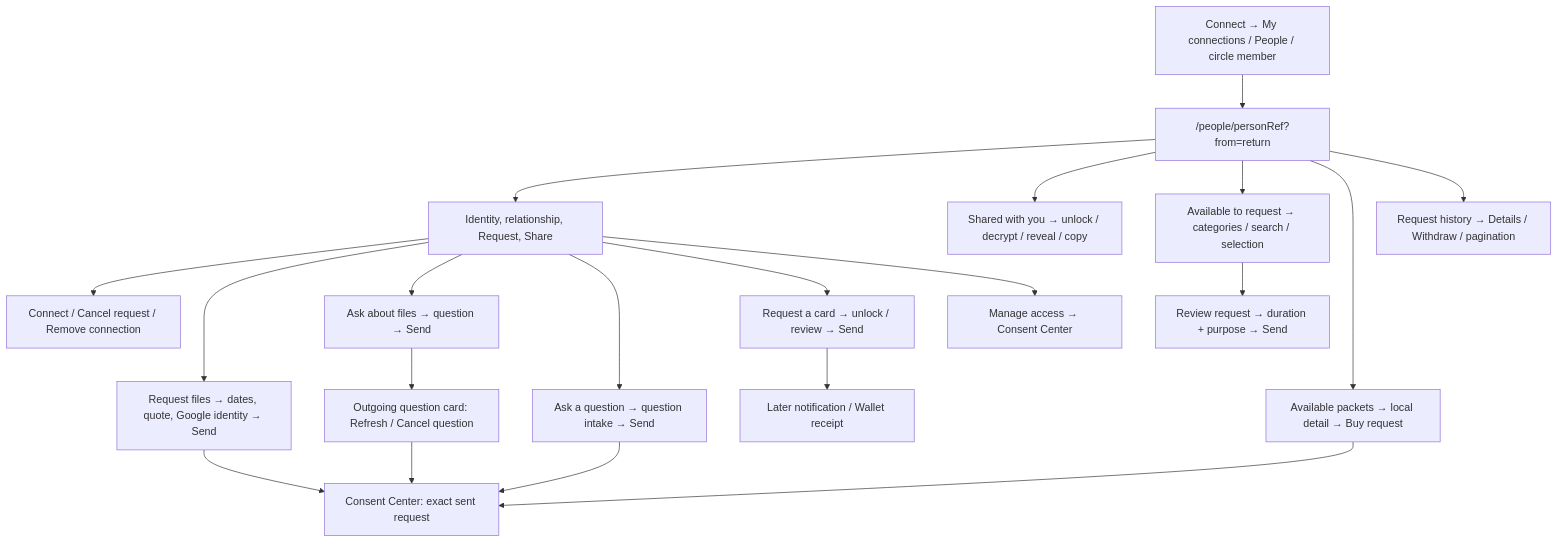
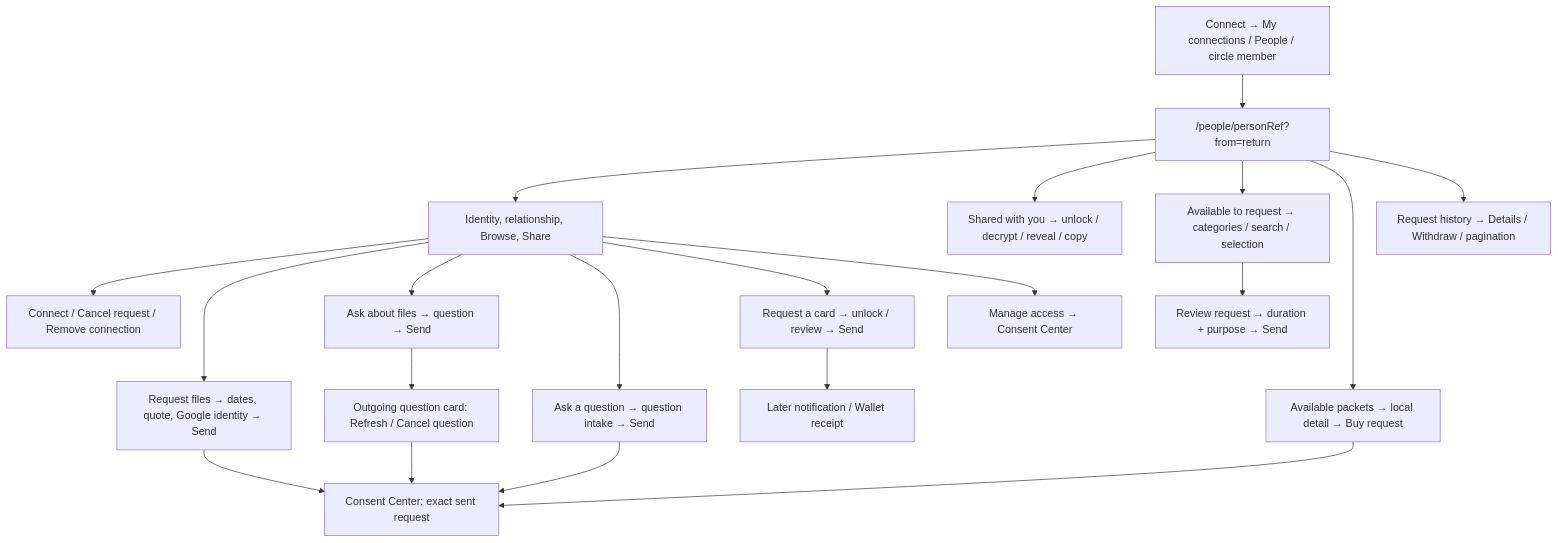
One commit to hushh-labs/hushh-research changed the diagram in hushh-webapp/docs/ui-contracts/person-profile.md. Above: the diagram before and after it, drawn with Mermaid. The commit also changed other lines of this file and 10 other files, not shown here.

````diff
--- a/hushh-webapp/docs/ui-contracts/person-profile.md
+++ b/hushh-webapp/docs/ui-contracts/person-profile.md
@@ -16,22 +16,22 @@
 ```mermaid
 flowchart TD
   connect["Connect → My connections / People / circle member"] --> page["/people/personRef?from=return"]
-  page --> hero["Identity, relationship, Request, Share"]
+  page --> hero["Identity, relationship, Browse, Share"]
   hero --> relationship["Connect / Cancel request / Remove connection"]
   hero --> files["Request files → dates, quote, Google identity → Send"]
   hero --> drive["Ask about files → question → Send"]
   hero --> question["Ask a question → question intake → Send"]
   hero --> cards["Request a card → unlock / review → Send"]
   hero --> manage["Manage access → Consent Center"]
   page --> shared["Shared with you → unlock / decrypt / reveal / copy"]
   page --> catalog["Available to request → categories / search / selection"]
   catalog --> review["Review request → duration + purpose → Send"]
   page --> packets["Available packets → local detail → Buy request"]
   page --> history["Request history → Details / Withdraw / pagination"]
   files --> consent["Consent Center: exact sent request"]
   drive --> outgoing["Outgoing question card: Refresh / Cancel question"]
   outgoing --> consent
   question --> consent
   packets --> consent
   cards --> wallet["Later notification / Wallet receipt"]
 ```
````
